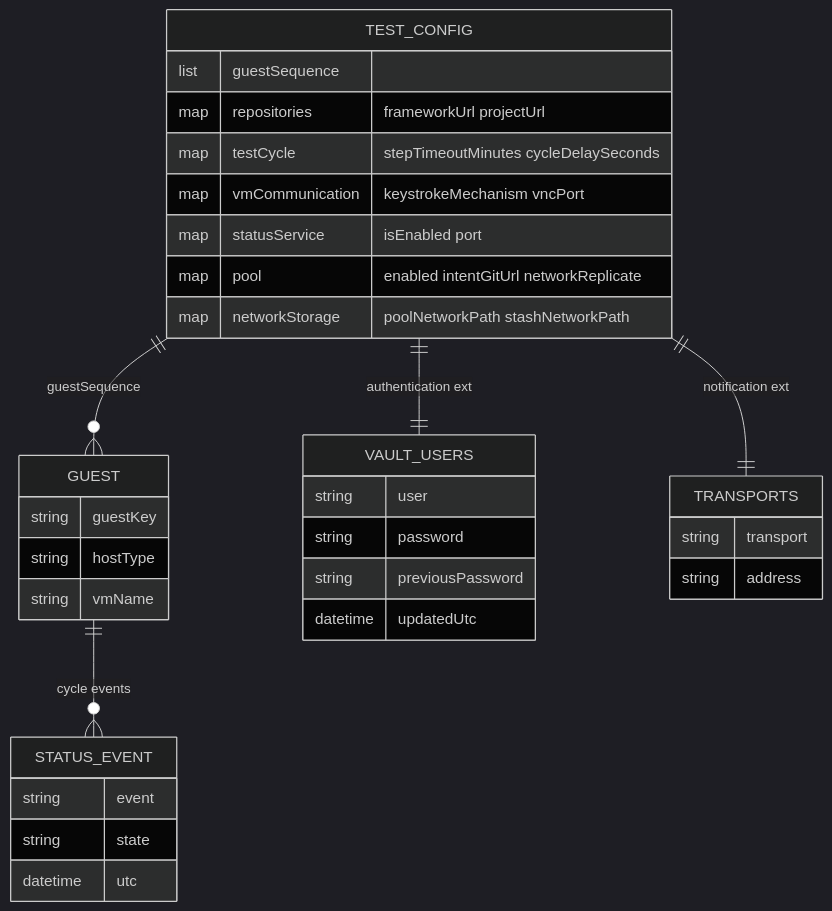
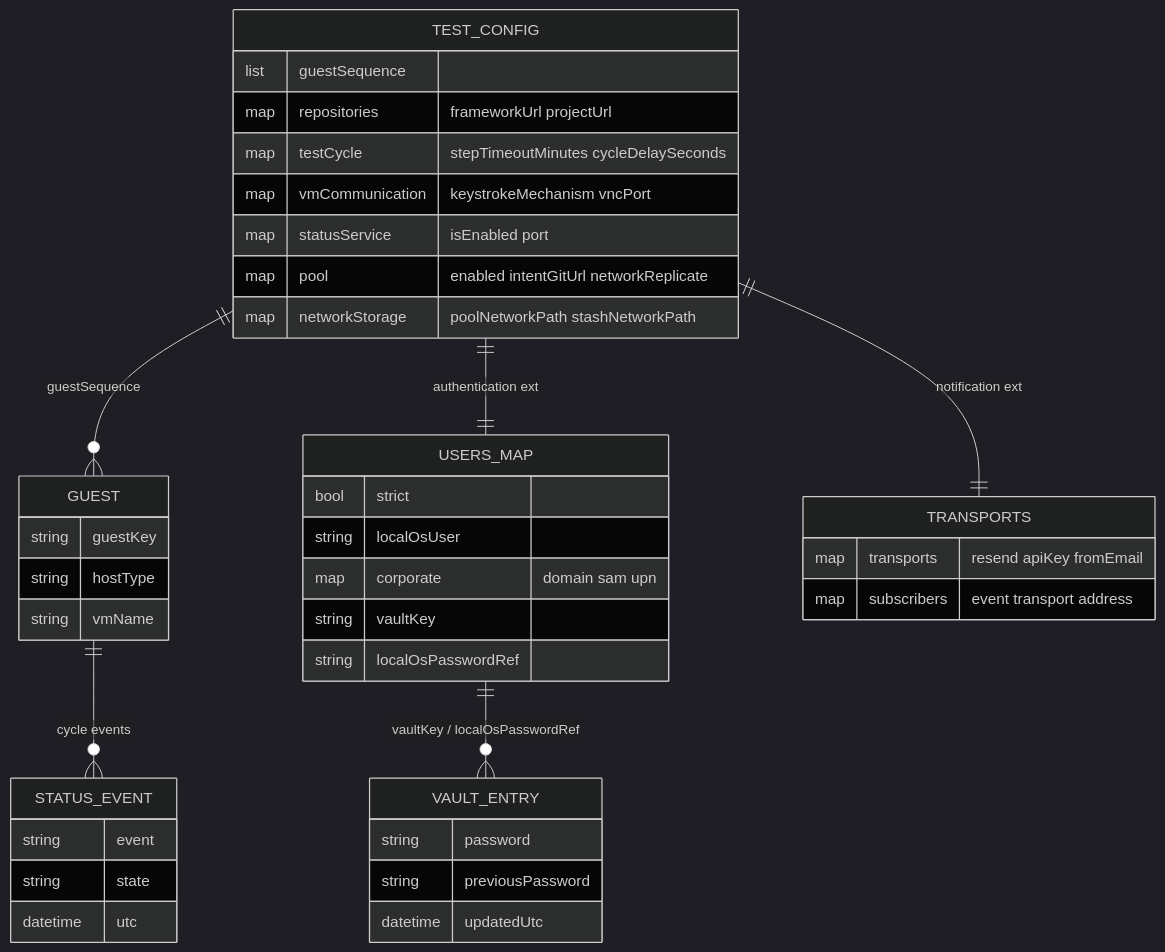
One commit to alissonsol/yuruna changed the second of 2 diagrams in docs/design/05-data-model.md. Above: the diagram before and after it, drawn with Mermaid (dark theme). The commit also changed other lines of this file and 375 other files, not shown here.

````diff
--- a/docs/design/05-data-model.md
+++ b/docs/design/05-data-model.md
@@ -52,37 +53,44 @@
 ```mermaid
 erDiagram
     TEST_CONFIG ||--o{ GUEST : guestSequence
-    TEST_CONFIG ||--|| VAULT_USERS : "authentication ext"
+    TEST_CONFIG ||--|| USERS_MAP : "authentication ext"
     TEST_CONFIG ||--|| TRANSPORTS : "notification ext"
+    USERS_MAP ||--o{ VAULT_ENTRY : "vaultKey / localOsPasswordRef"
     GUEST ||--o{ STATUS_EVENT : "cycle events"
 
     TEST_CONFIG {
         list guestSequence
         map repositories "frameworkUrl projectUrl"
         map testCycle "stepTimeoutMinutes cycleDelaySeconds"
         map vmCommunication "keystrokeMechanism vncPort"
         map statusService "isEnabled port"
         map pool "enabled intentGitUrl networkReplicate"
         map networkStorage "poolNetworkPath stashNetworkPath"
     }
     GUEST {
         string guestKey
         string hostType
         string vmName
     }
-    VAULT_USERS {
-        string user
+    USERS_MAP {
+        bool strict
+        string localOsUser
+        map corporate "domain sam upn"
+        string vaultKey
+        string localOsPasswordRef
+    }
+    VAULT_ENTRY {
         string password
         string previousPassword
         datetime updatedUtc
     }
     TRANSPORTS {
-        string transport
-        string address
+        map transports "resend apiKey fromEmail"
+        map subscribers "event transport address"
     }
     STATUS_EVENT {
         string event
         string state
         datetime utc
     }
 ```
````
